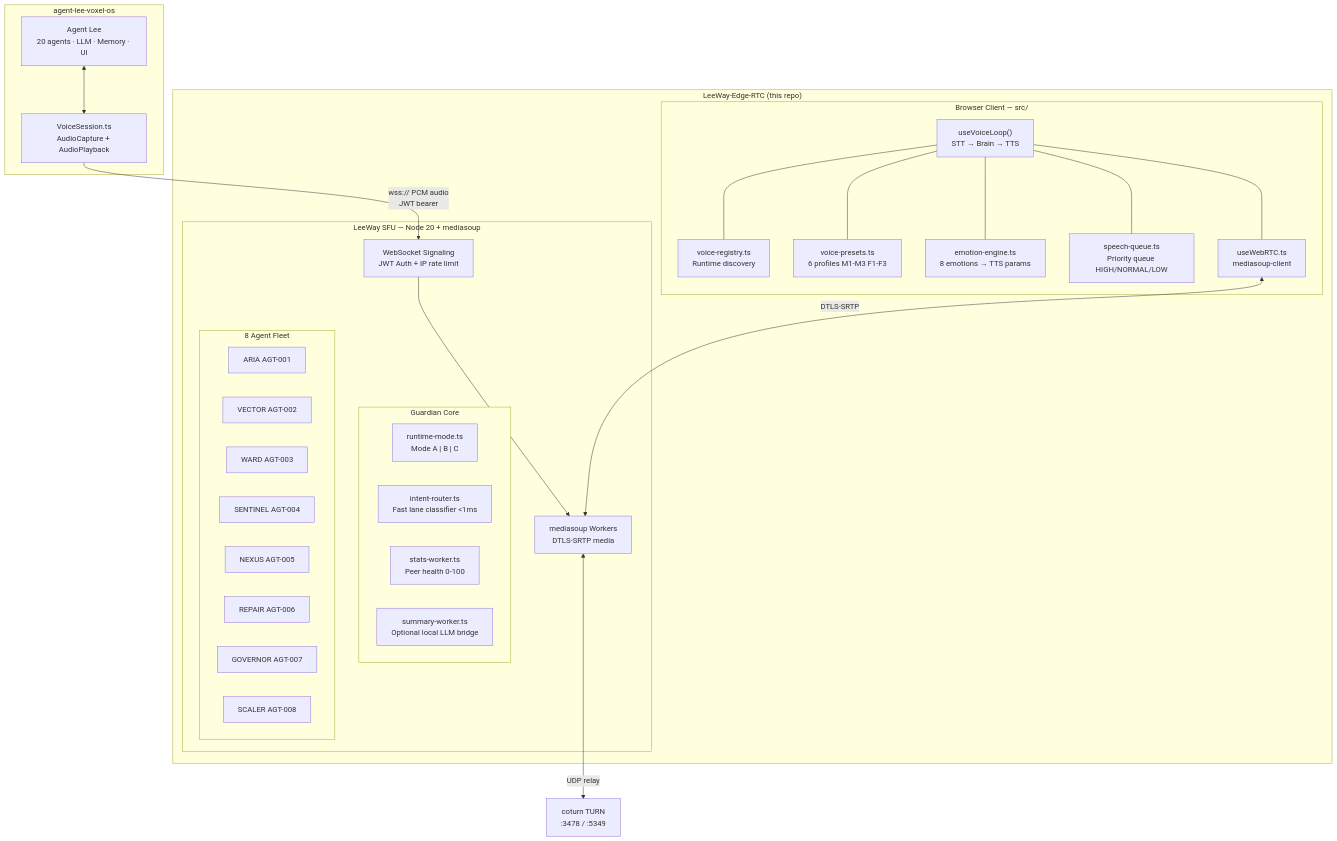
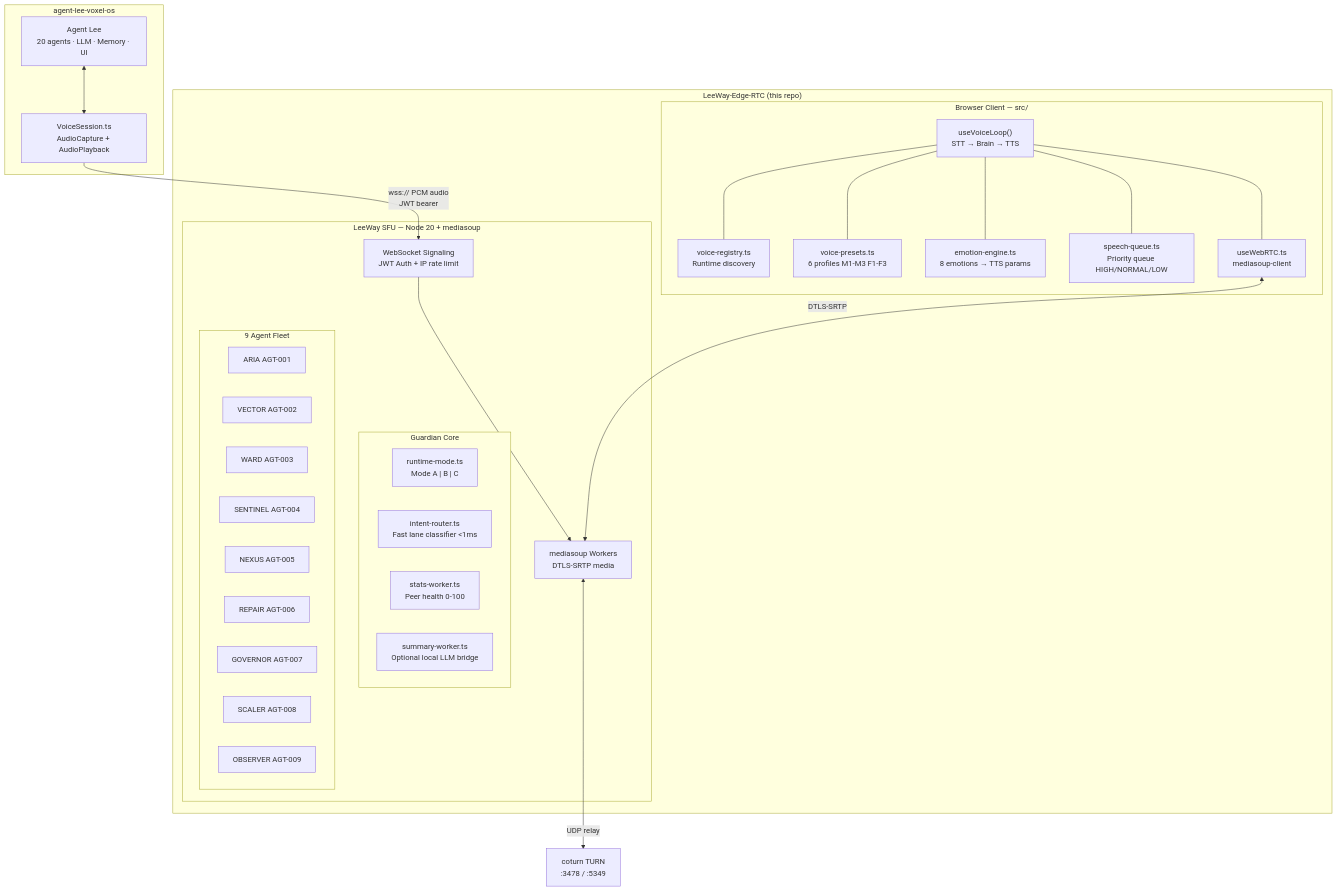
Before and after one commit to 4citeB4U/LeeWay-Edge-RTC: the first of 4 diagrams in README.md, drawn with Mermaid. The commit also changed other lines of this file and 71 other files, not shown here.

````diff
--- a/README.md
+++ b/README.md
@@ -95,51 +97,52 @@
 ```mermaid
 graph TB
   subgraph VOXELOS["agent-lee-voxel-os"]
     ALEE["Agent Lee\n20 agents · LLM · Memory · UI"]
     VS["VoiceSession.ts\nAudioCapture + AudioPlayback"]
     ALEE <--> VS
   end
 
   subgraph RTC["LeeWay-Edge-RTC (this repo)"]
     subgraph SFU_CORE["LeeWay SFU — Node 20 + mediasoup"]
       WS["WebSocket Signaling\nJWT Auth + IP rate limit"]
       MS["mediasoup Workers\nDTLS-SRTP media"]
       subgraph GC["Guardian Core"]
         RM["runtime-mode.ts\nMode A | B | C"]
         IR["intent-router.ts\nFast lane classifier <1ms"]
         SW["stats-worker.ts\nPeer health 0-100"]
         SUM["summary-worker.ts\nOptional local LLM bridge"]
       end
-      subgraph FLEET["8 Agent Fleet"]
+      subgraph FLEET["9 Agent Fleet"]
         ARIA["ARIA AGT-001"]
         VECTOR["VECTOR AGT-002"]
         WARD["WARD AGT-003"]
         SENTINEL["SENTINEL AGT-004"]
         NEXUS["NEXUS AGT-005"]
         REPAIR["REPAIR AGT-006"]
         GOVERNOR["GOVERNOR AGT-007"]
         SCALER["SCALER AGT-008"]
+        OBSERVER["OBSERVER AGT-009"]
       end
     end
     subgraph VFRONT["Browser Client — src/"]
       VL["useVoiceLoop()\nSTT → Brain → TTS"]
       VR["voice-registry.ts\nRuntime discovery"]
       VP["voice-presets.ts\n6 profiles M1-M3 F1-F3"]
       EMO["emotion-engine.ts\n8 emotions → TTS params"]
       SPQ["speech-queue.ts\nPriority queue HIGH/NORMAL/LOW"]
       WEBRTC["useWebRTC.ts\nmediasoup-client"]
     end
   end
 
   COTURN["coturn TURN\n:3478 / :5349"]
 
   VS -->|"wss:// PCM audio\nJWT bearer"| WS
   WS --> MS
   MS <-->|"UDP relay"| COTURN
   VL --- VR
   VL --- VP
   VL --- EMO
   VL --- SPQ
   VL --- WEBRTC
   WEBRTC <-->|"DTLS-SRTP"| MS
 ```
````
